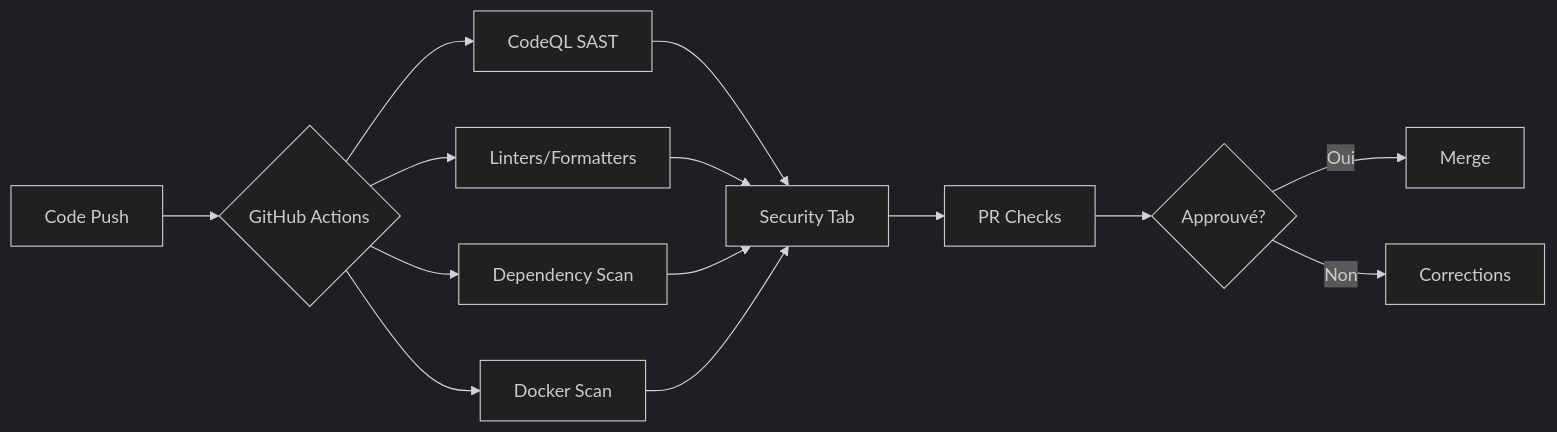
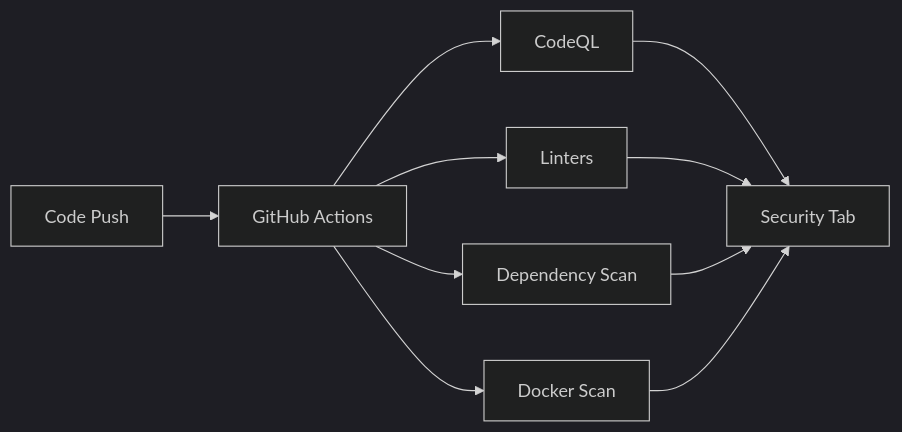
The diagram in CI/CD/security/SAST.md (CPE-4IRC-Eyjafjallajokull/documentation), drawn with Mermaid (dark theme) before and after one commit. The commit also changed other lines of this file and 1 other file, not shown here.

Commit message:
simplficaition sast et dast

````diff
--- a/CI/CD/security/SAST.md
+++ b/CI/CD/security/SAST.md
@@ -112,18 +24,12 @@
 ```mermaid
 graph LR
-    A[Code Push] --> B{GitHub Actions}
-    B --> C[CodeQL SAST]
-    B --> D[Linters/Formatters]
+    A[Code Push] --> B[GitHub Actions]
+    B --> C[CodeQL]
+    B --> D[Linters]
     B --> E[Dependency Scan]
     B --> F[Docker Scan]
-    
     C --> G[Security Tab]
     D --> G
     E --> G
     F --> G
-    
-    G --> H[PR Checks]
-    H --> I{Approuvé?}
-    I -->|Oui| J[Merge]
-    I -->|Non| K[Corrections]
 ```
````
